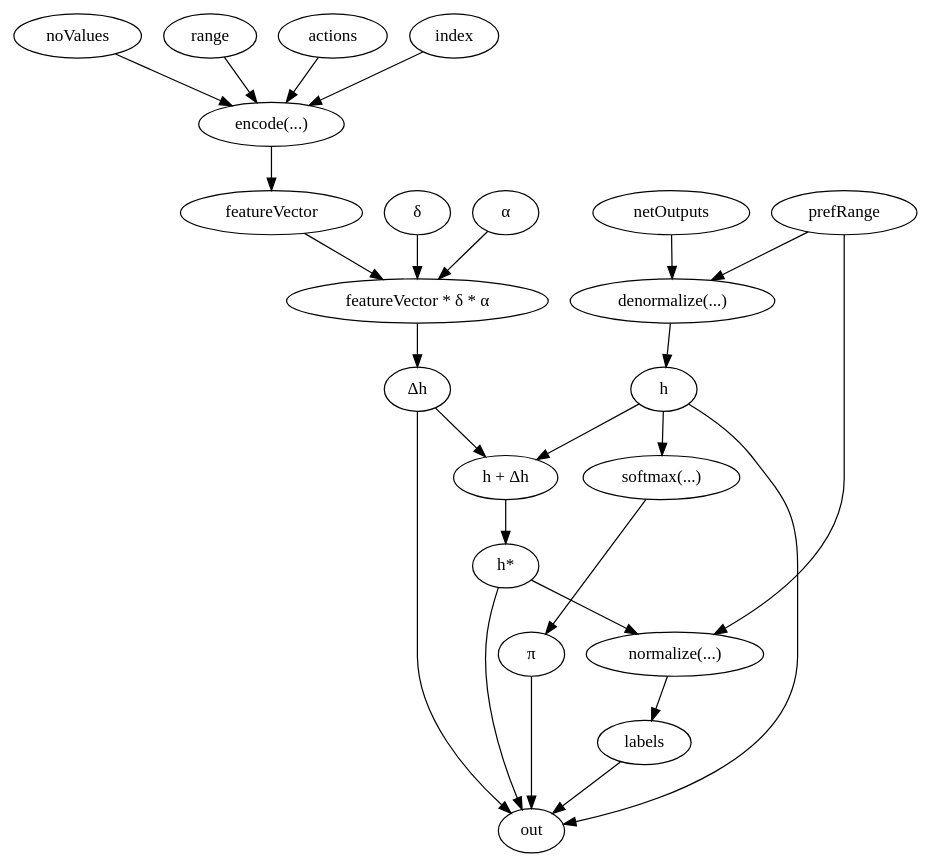
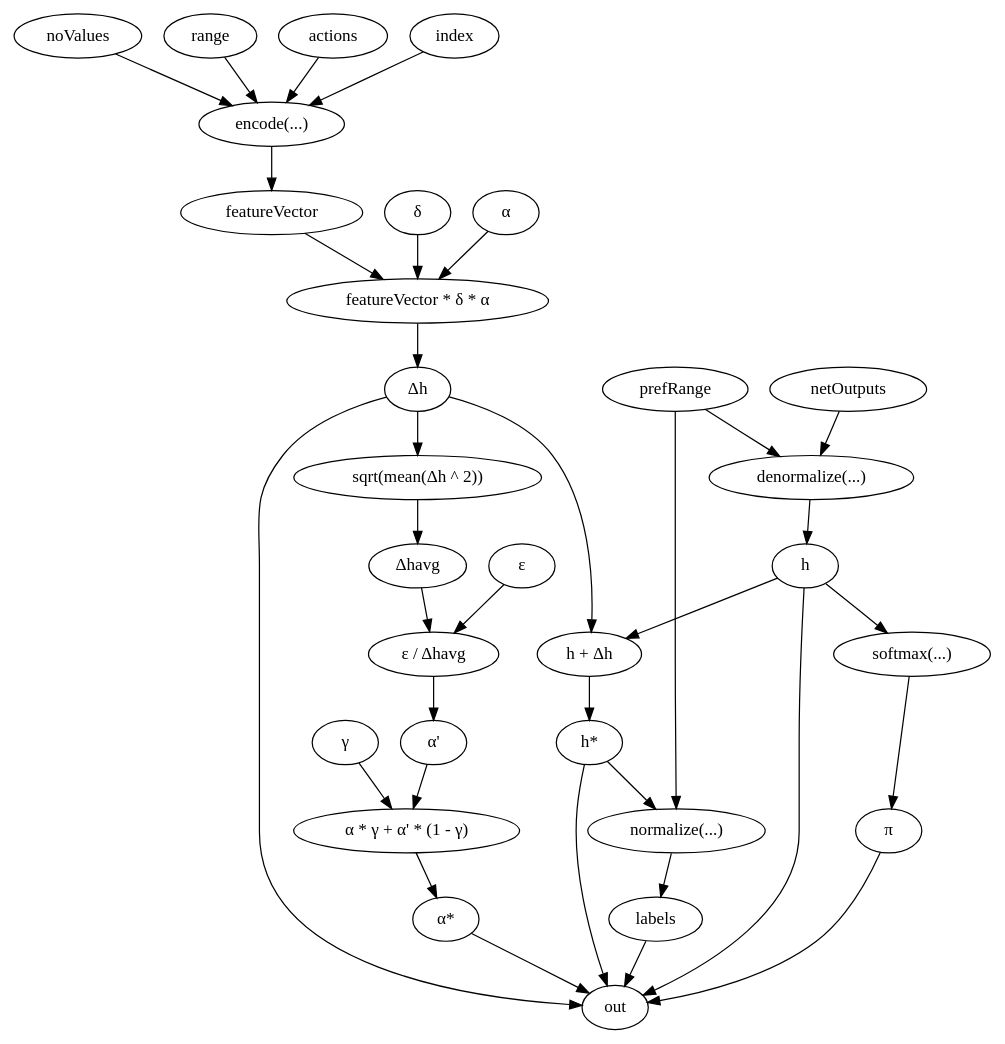
The second of 10 diagrams in docs/Charts.md (m-marini/scalarl), drawn with Graphviz before and after one commit. The commit also changed other lines of this file and 28 other files, not shown here.

````diff
--- a/docs/Charts.md
+++ b/docs/Charts.md
@@ -41,47 +41,67 @@
 ```dot
 digraph computeLabels {
 
     noValues->encode
     range->encode
     actions->encode
     index->encode
     encode->featureVector
     encode [label="encode(...)"]
 
     featureVector->fdeltaH
     delta->fdeltaH
     alpha->fdeltaH
     fdeltaH->deltaH
     fdeltaH [label="featureVector * &delta; * &alpha;"]
     delta [label="&delta;"]
     alpha [label="&alpha;"]
     deltaH [label="&Delta;h"]
     
     prefRange->fpreferences
     netOutputs->fpreferences
     fpreferences->h
     fpreferences [label="denormalize(...)"]
 
     h->softmax->pi
     softmax [label="softmax(...)"]
     pi [label="&pi;"]
 
     deltaH->fhStar
     h->fhStar
     fhStar->hStar
     fhStar [label="h + &Delta;h"]
     hStar [label="h*"]
 
     prefRange->invPreference
     hStar->invPreference->labels
     invPreference [label="normalize(...)"]
 
+    deltaH->hrms
+    hrms-> deltaHRMS
+    hrms [label="sqrt(mean(&Delta;h ^ 2))"]
+    deltaHRMS [label="&Delta;havg"]
+
+    deltaHRMS -> falpha1
+    epsilon->falpha1
+    falpha1->alpha1
+    alpha1 [label="&alpha;'"]
+    epsilon [label="&epsilon;"]
+    falpha1 [label="&epsilon; / &Delta;havg"]
+
+    alpha1 -> falphaStar
+    alphaDecay -> falphaStar
+    falphaStar -> alphaStar
+    alphaDecay [label="&gamma;"]
+    alphaStar [label="&alpha;*"]
+    falphaStar [label="&alpha; * &gamma; + &alpha;' * (1 - &gamma;)"]
+
     pi->out
     hStar->out
     labels->out
     deltaH->out
     h->out
+    alphaStar->out
 
 
 }
 ```
````
